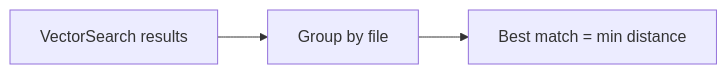
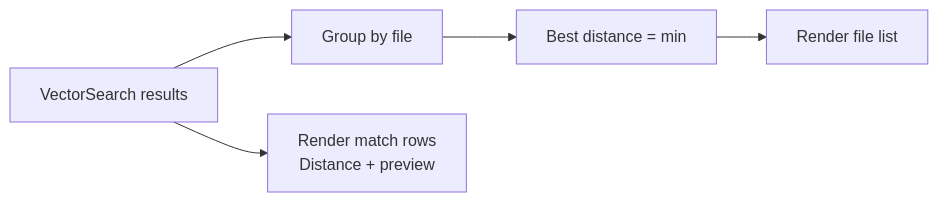
Before and after one commit to Chargeuk/codeInfo2: the ninth of 60 diagrams in design.md, drawn with Mermaid. The commit also changed other lines of this file and 6 other files, not shown here.

````diff
--- a/design.md
+++ b/design.md
@@ -275,5 +275,7 @@
 ```mermaid
 flowchart LR
   A[VectorSearch results] --> B[Group by file]
-  B --> C[Best match = min distance]
+  B --> C[Best distance = min]
+  A --> D[Render match rows\nDistance + preview]
+  C --> E[Render file list]
 ```
````
